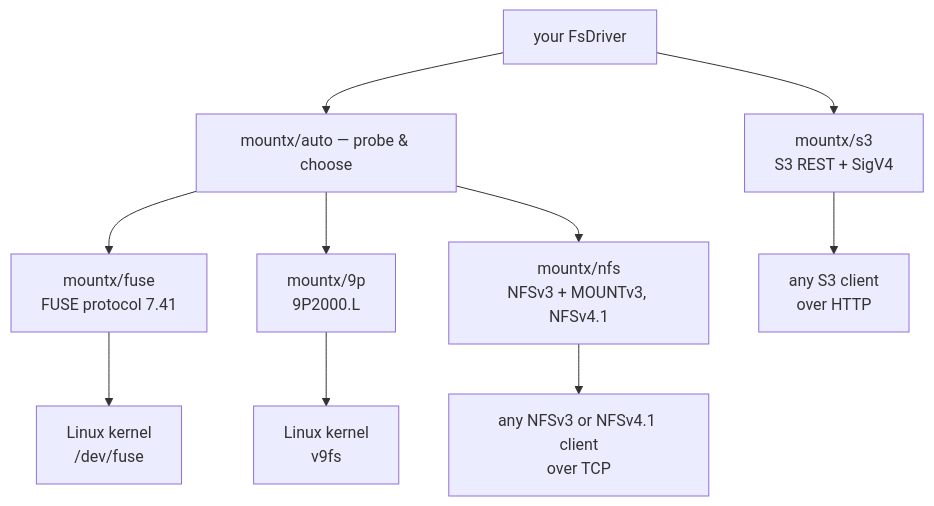
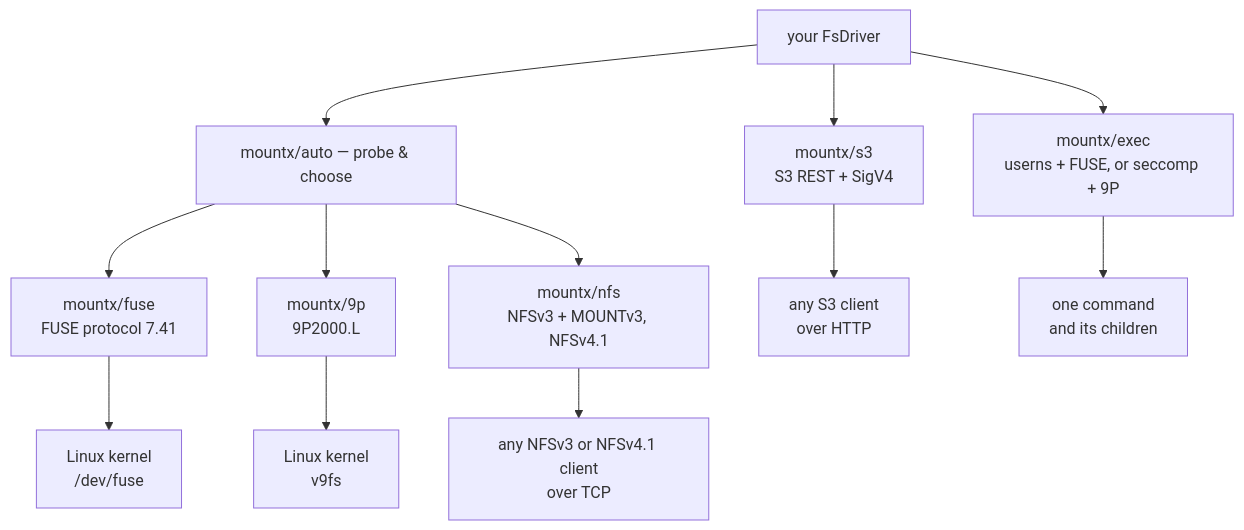
One commit to pithings/mountx changed the diagram in docs/2.transports/0.index.md. Above: the diagram before and after it, drawn with Mermaid. The commit also changed other lines of this file and 2 other files, not shown here.

First line of the commit message:
docs: a page for mountx/exec, beside the transports it is built on

````diff
--- a/docs/2.transports/0.index.md
+++ b/docs/2.transports/0.index.md
@@ -12,22 +12,26 @@
 ```mermaid
 graph TB
   driver["your FsDriver"]
   auto["mountx/auto — probe & choose"]
   fuse["mountx/fuse<br/>FUSE protocol 7.41"]
   p9["mountx/9p<br/>9P2000.L"]
   nfs["mountx/nfs<br/>NFSv3 + MOUNTv3, NFSv4.1"]
   klinux["Linux kernel<br/>/dev/fuse"]
   kv9fs["Linux kernel<br/>v9fs"]
   knfs["any NFSv3 or NFSv4.1 client<br/>over TCP"]
   s3["mountx/s3<br/>S3 REST + SigV4"]
   ks3["any S3 client<br/>over HTTP"]
+  ex["mountx/exec<br/>userns + FUSE, or seccomp + 9P"]
+  kex["one command<br/>and its children"]
   driver --> auto
   driver --> s3
+  driver --> ex
   auto --> fuse
   auto --> p9
   auto --> nfs
   fuse --> klinux
   p9 --> kv9fs
   nfs --> knfs
   s3 --> ks3
+  ex --> kex
 ```
````
